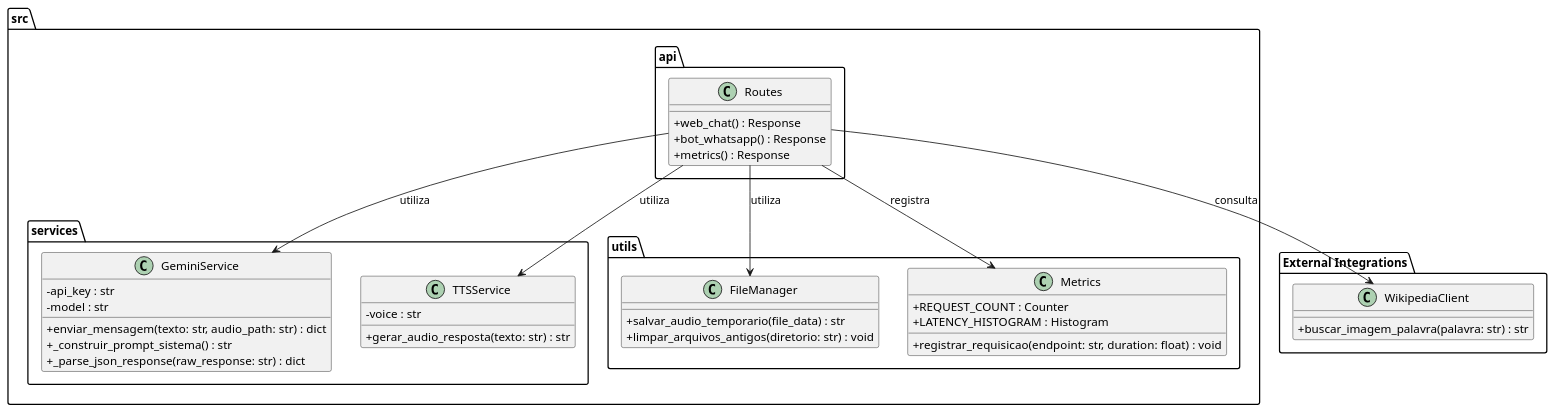
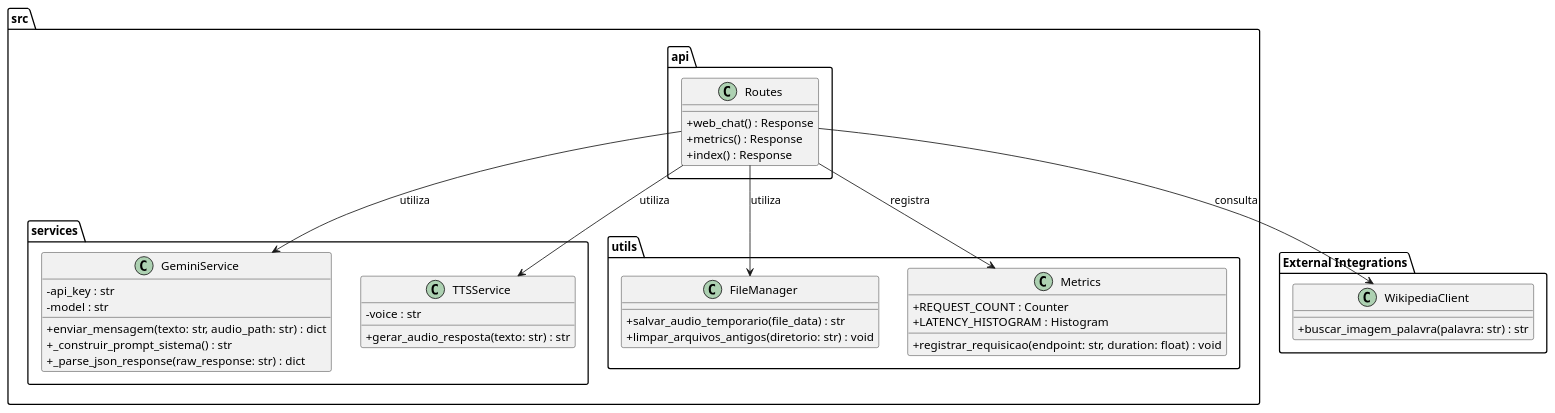
One commit to MATHEUS111JUNDIAI/bot-ingles changed the diagram in docs/diagrams/class_diagram.puml. Above: the diagram before and after it, drawn with PlantUML. The commit also changed 11 other files, not shown here.

Commit message:
refactor: remove legacy whatsapp twilio code and update diagrams to 100% web architecture

```diff
--- a/docs/diagrams/class_diagram.puml
+++ b/docs/diagrams/class_diagram.puml
@@ -1,52 +1,52 @@
 @startuml Class_Diagram_Teacher_Sarah
 skinparam classAttributeIconSize 0
 
 package "src.api" {
     class Routes {
         + web_chat() : Response
-        + bot_whatsapp() : Response
         + metrics() : Response
+        + index() : Response
     }
 }
 
 package "src.services" {
     class GeminiService {
         - api_key : str
         - model : str
         + enviar_mensagem(texto: str, audio_path: str) : dict
         + _construir_prompt_sistema() : str
         + _parse_json_response(raw_response: str) : dict
     }
 
     class TTSService {
         - voice : str
         + gerar_audio_resposta(texto: str) : str
     }
 }
 
 package "src.utils" {
     class FileManager {
         + salvar_audio_temporario(file_data) : str
         + limpar_arquivos_antigos(diretorio: str) : void
     }
 
     class Metrics {
         + REQUEST_COUNT : Counter
         + LATENCY_HISTOGRAM : Histogram
         + registrar_requisicao(endpoint: str, duration: float) : void
     }
 }
 
 package "External Integrations" {
     class WikipediaClient {
         + buscar_imagem_palavra(palavra: str) : str
     }
 }
 
 Routes --> GeminiService : utiliza
 Routes --> TTSService : utiliza
 Routes --> FileManager : utiliza
 Routes --> Metrics : registra
 Routes --> WikipediaClient : consulta
 
 @enduml
```
